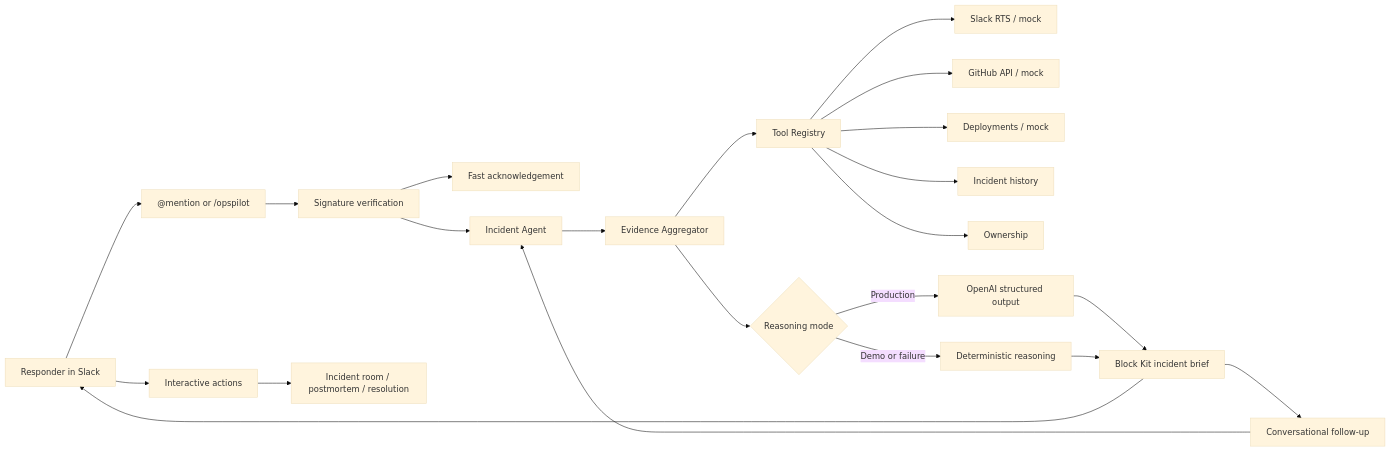
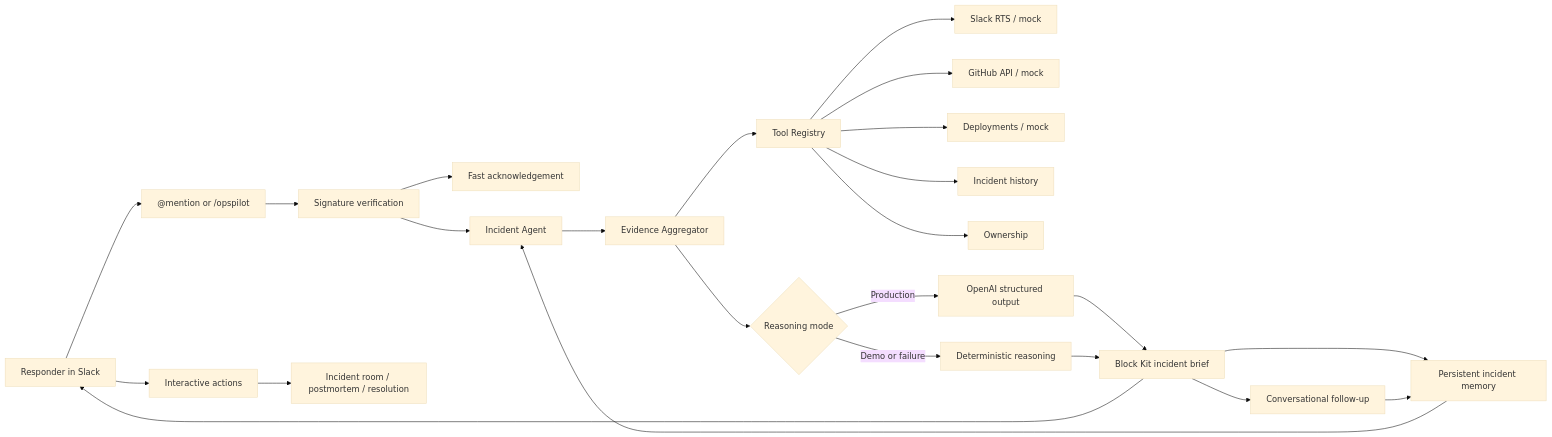
One commit to jumbomuffin101/opspilot changed the diagram in README.md. Above: the diagram before and after it, drawn with Mermaid (base theme). The commit also changed other lines of this file and 17 other files, not shown here.

Commit message:
Add persistent incident memory with PostgreSQL fallback

````diff
--- a/README.md
+++ b/README.md
@@ -64,24 +65,26 @@
 ```mermaid
 flowchart LR
     U["Responder in Slack"] --> C["@mention or /opspilot"]
     C --> V["Signature verification"]
     V --> A["Fast acknowledgement"]
     V --> I["Incident Agent"]
     I --> E["Evidence Aggregator"]
     E --> T["Tool Registry"]
     T --> S["Slack RTS / mock"]
     T --> G["GitHub API / mock"]
     T --> D["Deployments / mock"]
     T --> H["Incident history"]
     T --> O["Ownership"]
     E --> R{"Reasoning mode"}
     R -->|"Production"| AI["OpenAI structured output"]
     R -->|"Demo or failure"| F["Deterministic reasoning"]
     AI --> B["Block Kit incident brief"]
     F --> B
     B --> U
+    B --> M["Persistent incident memory"]
     U --> X["Interactive actions"]
     X --> W["Incident room / postmortem / resolution"]
     B --> Q["Conversational follow-up"]
-    Q --> I
+    Q --> M
+    M --> I
 ```
````
